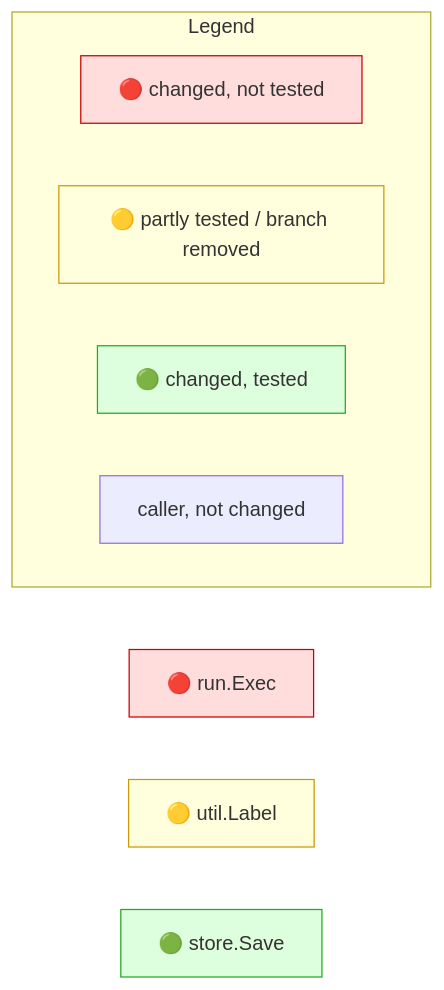
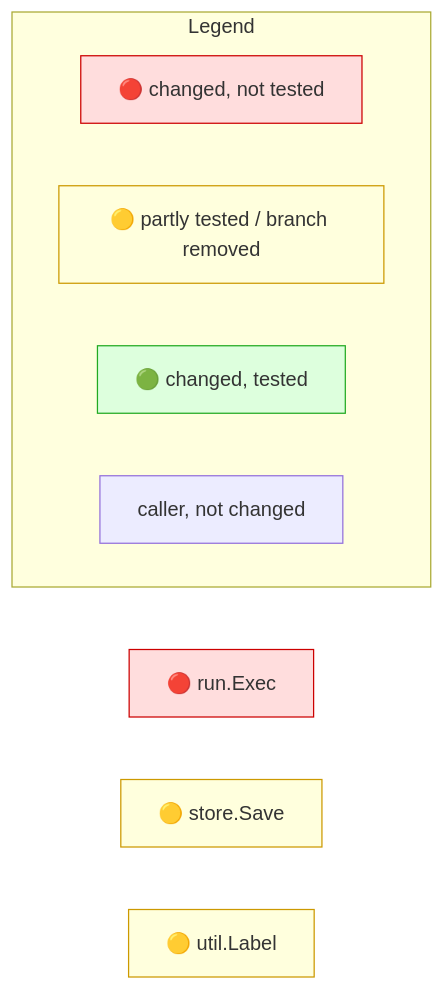
Before and after one commit to Kevinbarrero/mr-impact: the diagram in testdata/e2e/sensitive_zero_config/expected.golden.md, drawn with Mermaid. The commit also changed other lines of this file and 36 other files, not shown here.

````diff
--- a/testdata/e2e/sensitive_zero_config/expected.golden.md
+++ b/testdata/e2e/sensitive_zero_config/expected.golden.md
@@ -18,16 +18,16 @@
 ```mermaid
 flowchart RL
   n0["🔴 run.Exec"]:::red
-  n1["🟡 util.Label"]:::yellow
-  n2["🟢 store.Save"]:::green
+  n1["🟡 store.Save"]:::yellow
+  n2["🟡 util.Label"]:::yellow
   subgraph legend ["Legend"]
     direction LR
     lr["🔴 changed, not tested"]:::red
     ly["🟡 partly tested / branch removed"]:::yellow
     lg["🟢 changed, tested"]:::green
     lc["caller, not changed"]
   end
   classDef red fill:#fdd,stroke:#c00
   classDef yellow fill:#ffd,stroke:#c90
   classDef green fill:#dfd,stroke:#2a2
 ```
````
